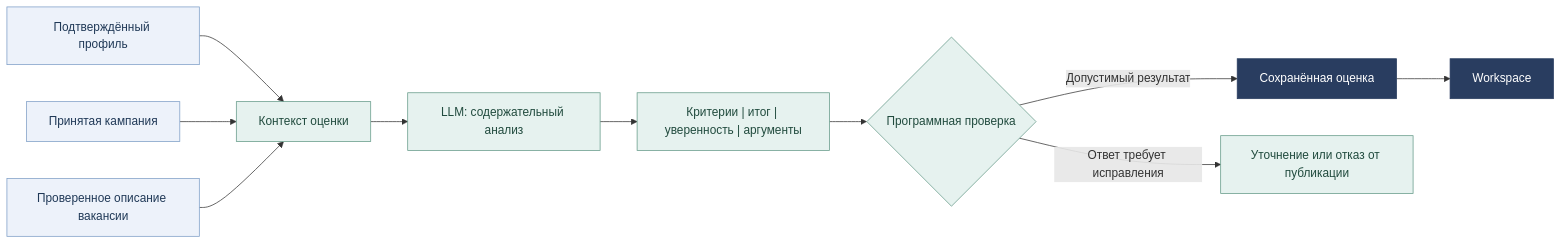
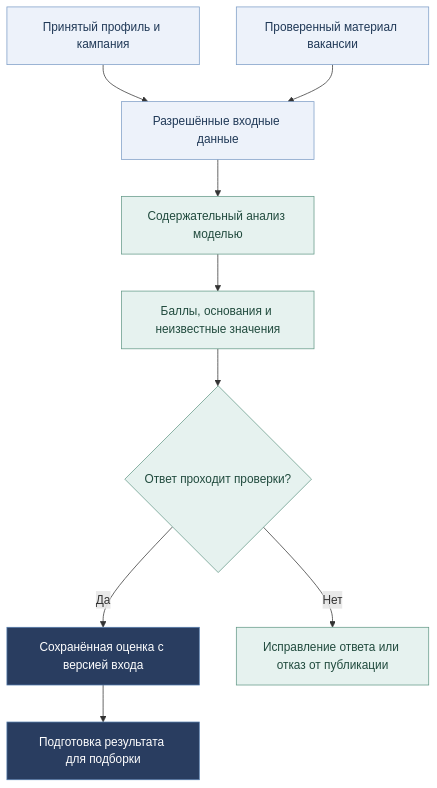
Before and after one commit to Vkuvalin/vacancy_collector_public: the third of 5 diagrams in PRESENTATION.md, drawn with Mermaid. The commit also changed other lines of this file and 2 other files, not shown here.

````diff
--- a/PRESENTATION.md
+++ b/PRESENTATION.md
@@ -115,18 +96,17 @@
 ```mermaid
-flowchart LR
-    P["Подтверждённый профиль"] --> X["Контекст оценки"]
-    G["Принятая кампания"] --> X
-    V["Проверенное описание вакансии"] --> X
-    X --> L["LLM: содержательный анализ"]
-    L --> S["Критерии | итог | уверенность | аргументы"]
-    S --> C{"Программная проверка"}
-    C -->|"Допустимый результат"| R["Сохранённая оценка"]
-    C -->|"Ответ требует исправления"| U["Уточнение или отказ от публикации"]
-    R --> W["Workspace"]
-    classDef input fill:#edf2fa,stroke:#7c9dc6,color:#203957;
-    classDef process fill:#e6f2ef,stroke:#639987,color:#214b3e;
-    classDef output fill:#293d60,stroke:#293d60,color:#fff;
-    class P,G,V input;
-    class X,L,S,C,U process;
-    class R,W output;
+flowchart TB
+    P["Принятый профиль и кампания"] --> I["Разрешённые входные данные"]
+    V["Проверенный материал вакансии"] --> I
+    I --> L["Содержательный анализ моделью"]
+    L --> R["Баллы, основания и неизвестные значения"]
+    R --> Q{"Ответ проходит проверки?"}
+    Q -->|"Да"| E["Сохранённая оценка с версией входа"]
+    Q -->|"Нет"| X["Исправление ответа или отказ от публикации"]
+    E --> W["Подготовка результата для подборки"]
+    classDef input fill:#edf2fa,stroke:#7c9dc6,color:#203957
+    classDef process fill:#e6f2ef,stroke:#639987,color:#214b3e
+    classDef result fill:#293d60,stroke:#557cad,color:#ffffff
+    class P,V,I input
+    class L,R,Q,X process
+    class E,W result
 ```
````
